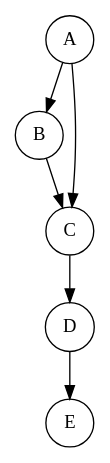
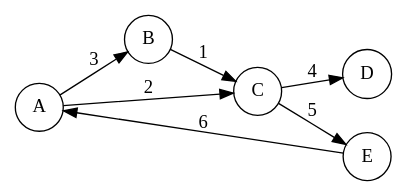
Before and after one commit to marko-lazarevic/dynamic-graphs-data-structures-and-algorithms: the diagram in thesis/dirgraphexample.dot, drawn with Graphviz. The commit also changed 23 other files, not shown here.

```diff
--- a/thesis/dirgraphexample.dot
+++ b/thesis/dirgraphexample.dot
@@ -1,9 +1,11 @@
 digraph dirgraphexample {
+rankdir=LR;
 edge [color=black];
 node [shape=circle];
-A -> B;
-A -> C;
-B -> C;
-C -> D;
-D -> E;
+A -> B [label=3];
+A -> C [label=2];
+B -> C [label=1];
+C -> D [label=4];
+C -> E [label=5];
+E -> A [label=6];
 }
```
